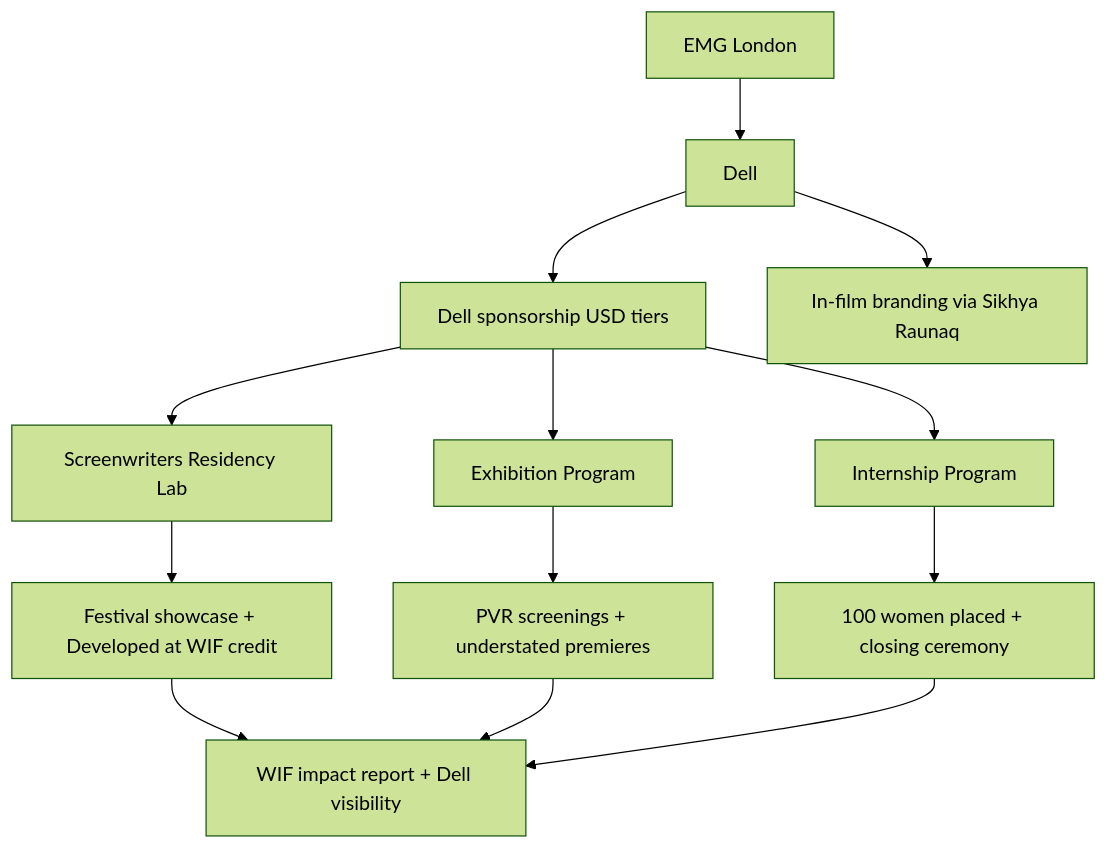
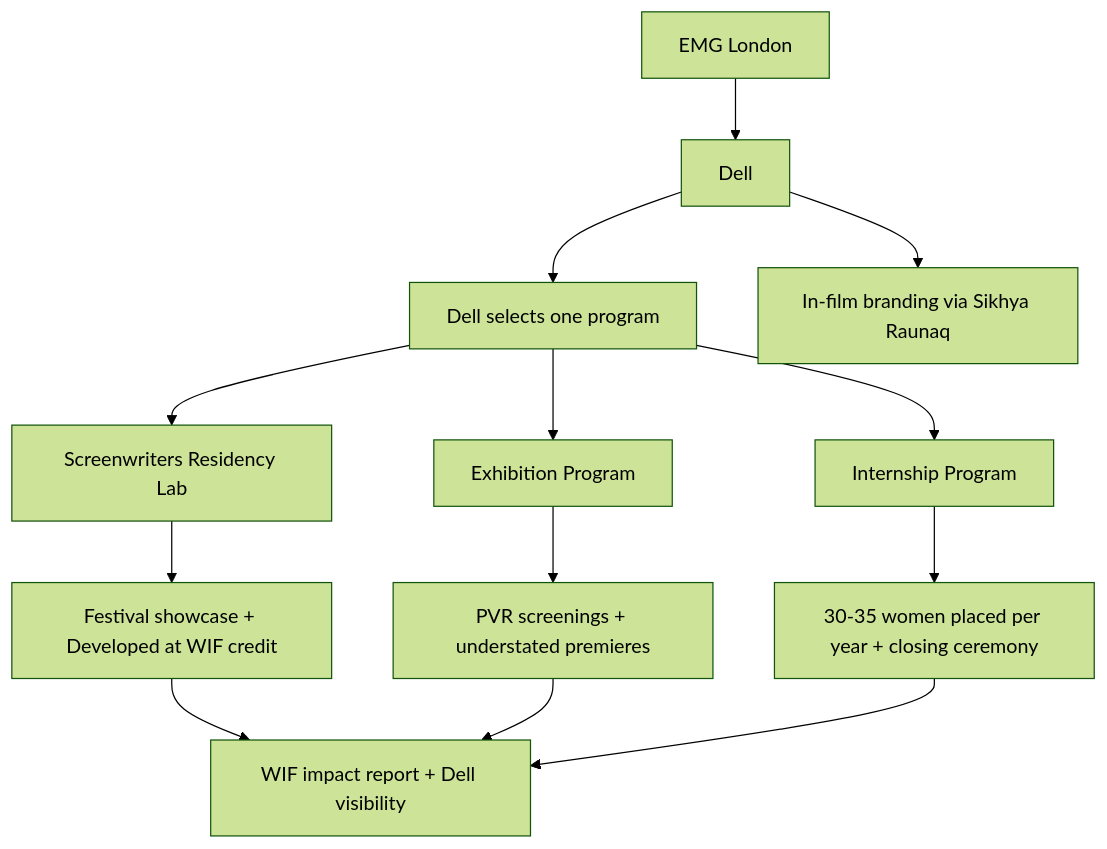
Before and after one commit to vibechops/wif-proposals: the diagram in dell/04-specs/program-flow.md, drawn with Mermaid (forest theme). The commit also changed other lines of this file and 35 other files, not shown here.

First line of the commit message:
Update Dell and Google proposals with timelines, Rabia feedback, and viewer polish.

````diff
--- a/dell/04-specs/program-flow.md
+++ b/dell/04-specs/program-flow.md
@@ -9,15 +9,15 @@
 ```mermaid
 flowchart TD
     EMG[EMG London] --> Dell[Dell]
-    Dell --> Sponsor[Dell sponsorship USD tiers]
+    Dell --> Sponsor[Dell selects one program]
     Sponsor --> Lab[Screenwriters Residency Lab]
     Sponsor --> Exhib[Exhibition Program]
     Sponsor --> Intern[Internship Program]
     Dell --> Brand[In-film branding via Sikhya Raunaq]
     Lab --> Out1[Festival showcase + Developed at WIF credit]
     Exhib --> Out2[PVR screenings + understated premieres]
-    Intern --> Out3[100 women placed + closing ceremony]
+    Intern --> Out3[30-35 women placed per year + closing ceremony]
     Out1 --> Impact[WIF impact report + Dell visibility]
     Out2 --> Impact
     Out3 --> Impact
 ```
````
